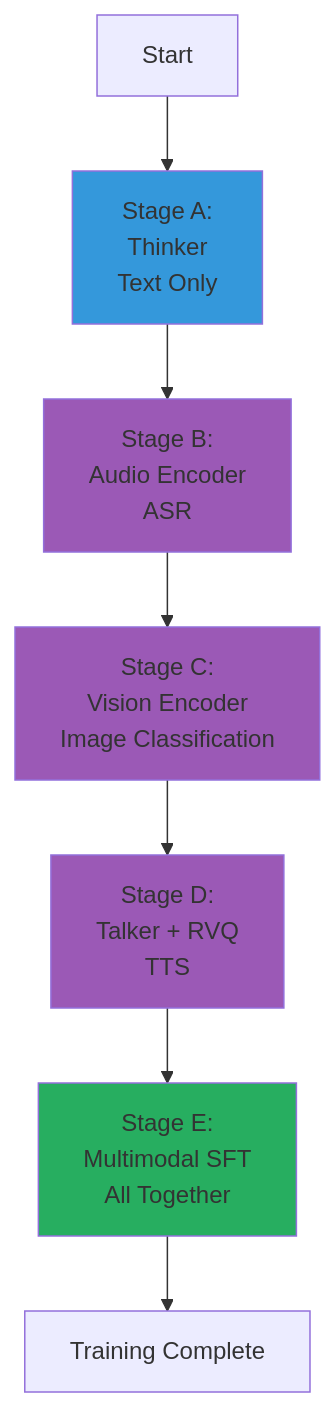
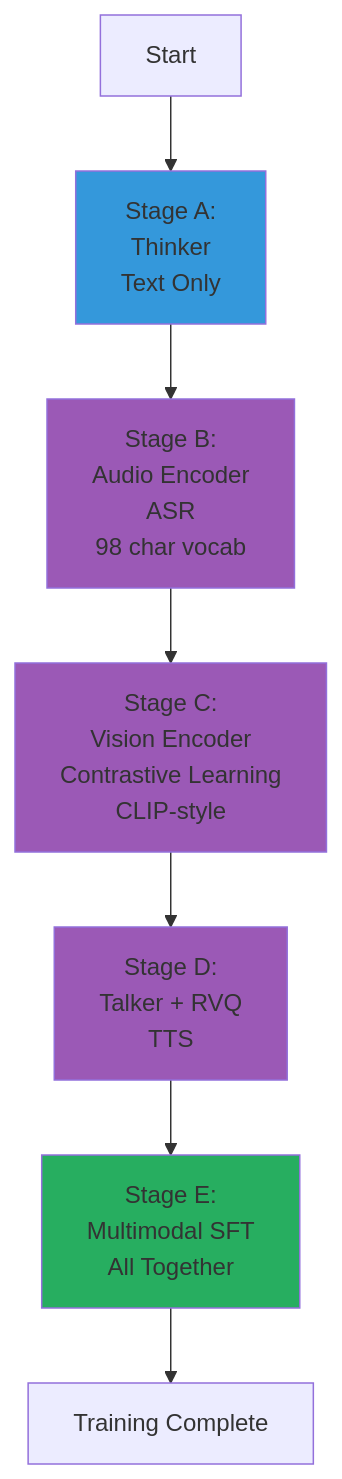
The diagram in study/07_Training_Workflow.md (prskid1000/micro-Omni), drawn with Mermaid before and after one commit. The commit also changed other lines of this file and 12 other files, not shown here.

````diff
--- a/study/07_Training_Workflow.md
+++ b/study/07_Training_Workflow.md
@@ -94,15 +94,15 @@
 ```mermaid
 graph TD
     Start[Start] --> StageA[Stage A:<br/>Thinker<br/>Text Only]
-    StageA --> StageB[Stage B:<br/>Audio Encoder<br/>ASR]
-    StageB --> StageC[Stage C:<br/>Vision Encoder<br/>Image Classification]
+    StageA --> StageB[Stage B:<br/>Audio Encoder<br/>ASR<br/>98 char vocab]
+    StageB --> StageC[Stage C:<br/>Vision Encoder<br/>Contrastive Learning<br/>CLIP-style]
     StageC --> StageD[Stage D:<br/>Talker + RVQ<br/>TTS]
     StageD --> StageE[Stage E:<br/>Multimodal SFT<br/>All Together]
     StageE --> Done[Training Complete]
     
     style StageA fill:#3498db
     style StageB fill:#9b59b6
     style StageC fill:#9b59b6
     style StageD fill:#9b59b6
     style StageE fill:#27ae60
 ```
````
